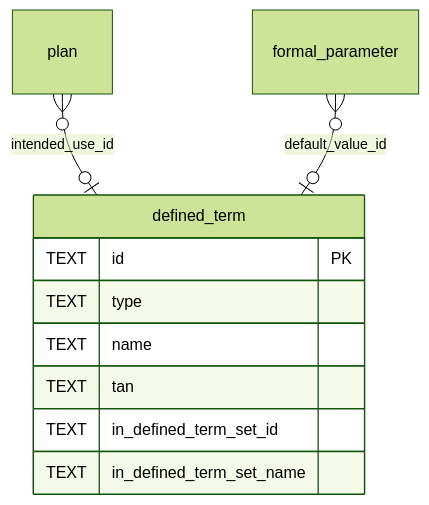
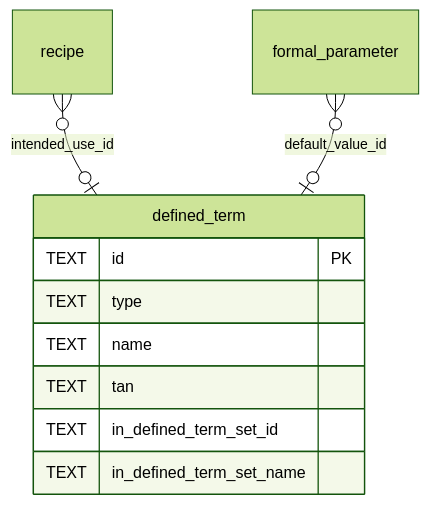
One commit to HLWeil/ProcessCore changed the second of 18 diagrams in schemas/sql/design.md. Above: the diagram before and after it, drawn with Mermaid (forest theme). The commit also changed other lines of this file and 71 other files, not shown here.

Commit message:
rename plan to recipe

````diff
--- a/schemas/sql/design.md
+++ b/schemas/sql/design.md
@@ -75,13 +75,13 @@
 ```mermaid
 erDiagram
     defined_term {
         TEXT id PK
         TEXT type
         TEXT name
         TEXT tan
         TEXT in_defined_term_set_id
         TEXT in_defined_term_set_name
     }
-    plan }o--o| defined_term : "intended_use_id"
+    recipe }o--o| defined_term : "intended_use_id"
     formal_parameter }o--o| defined_term : "default_value_id"
 ```
````
